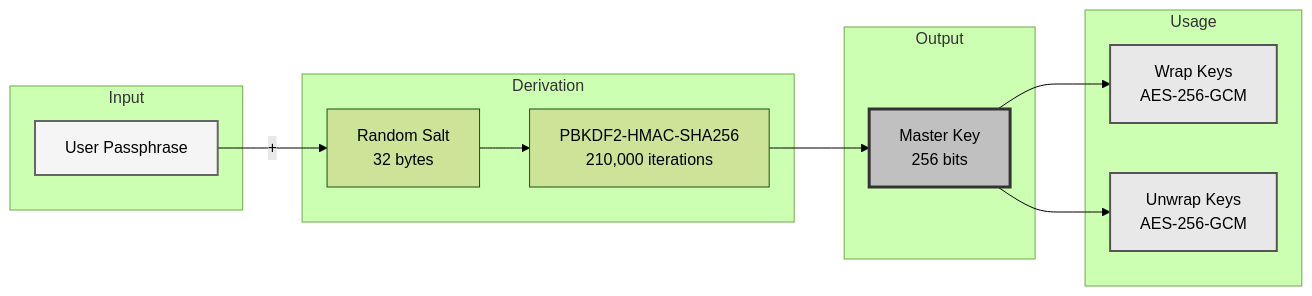
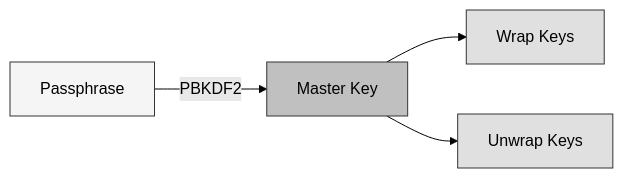
Before and after one commit to ehanoc/softKMS: the seventh of 10 diagrams in docs/SECURITY_MODEL.md, drawn with Mermaid (forest theme). The commit also changed other lines of this file and 8 other files, not shown here.

````diff
--- a/docs/SECURITY_MODEL.md
+++ b/docs/SECURITY_MODEL.md
@@ -257,31 +215,11 @@
 ```mermaid
 flowchart LR
-    subgraph Input["Input"]
-        P[User Passphrase]
-    end
+    P[Passphrase] -->|PBKDF2| MK[Master Key]
+    MK --> W[Wrap Keys]
+    MK --> U[Unwrap Keys]
     
-    subgraph Derive["Derivation"]
-        PBKDF2["PBKDF2-HMAC-SHA256\n210,000 iterations"]
-        Salt["Random Salt\n32 bytes"]
-    end
-    
-    subgraph Output["Output"]
-        MK["Master Key\n256 bits"]
-    end
-    
-    subgraph Usage["Usage"]
-        Wrap["Wrap Keys\nAES-256-GCM"]
-        Unwrap["Unwrap Keys\nAES-256-GCM"]
-    end
-    
-    P -->|"+"| Salt
-    Salt --> PBKDF2
-    PBKDF2 --> MK
-    MK --> Wrap
-    MK --> Unwrap
-    
-    style P fill:#f5f5f5,stroke:#666,stroke-width:2px
-    style MK fill:#c0c0c0,stroke:#333,stroke-width:3px
-    style Wrap fill:#e8e8e8,stroke:#555,stroke-width:2px
-    style Unwrap fill:#e8e8e8,stroke:#555,stroke-width:2px
+    style P fill:#f5f5f5,stroke:#333
+    style MK fill:#c0c0c0,stroke:#333
+    style W fill:#e0e0e0,stroke:#333
+    style U fill:#e0e0e0,stroke:#333
 ```
````
